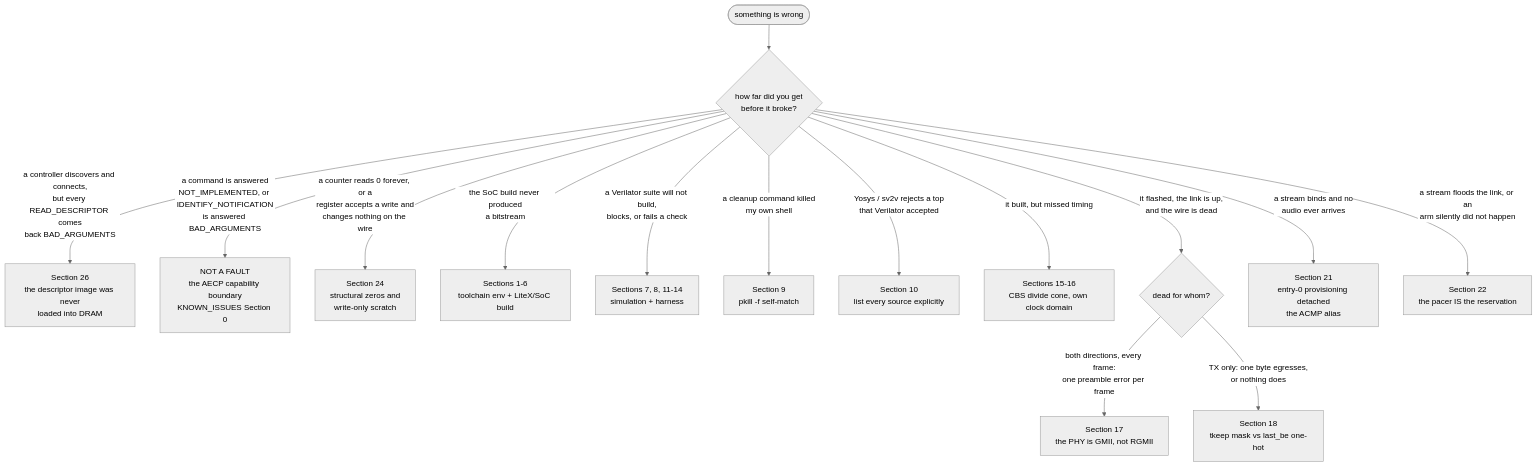
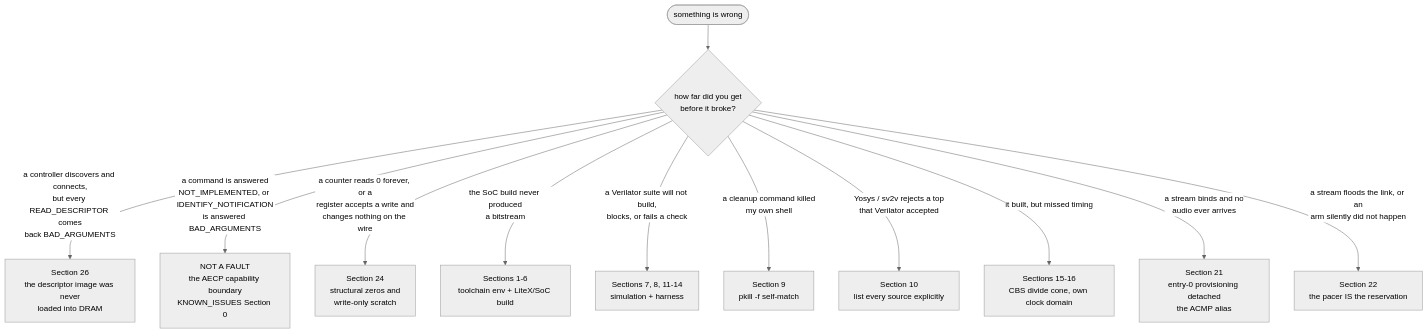
One commit to kebag-logic/milan-fpga changed the diagram in docs/limitations/TROUBLESHOOTING.md. Above: the diagram before and after it, drawn with Mermaid (neutral theme). The commit also changed other lines of this file and 377 other files, not shown here.

````diff
--- a/docs/limitations/TROUBLESHOOTING.md
+++ b/docs/limitations/TROUBLESHOOTING.md
@@ -104,19 +100,15 @@
 ```mermaid
 flowchart TB
     S(["something is wrong"]) --> W{"how far did you get<br/>before it broke?"}
     W -->|"a controller discovers and connects,<br/>but every READ_DESCRIPTOR comes<br/>back BAD_ARGUMENTS"| AE["Section 26<br/>the descriptor image was never<br/>loaded into DRAM"]
     W -->|"a command is answered<br/>NOT_IMPLEMENTED, or IDENTIFY_NOTIFICATION<br/>is answered BAD_ARGUMENTS"| AB["NOT A FAULT<br/>the AECP capability boundary<br/>KNOWN_ISSUES Section 0"]
     W -->|"a counter reads 0 forever, or a<br/>register accepts a write and<br/>changes nothing on the wire"| SZ["Section 24<br/>structural zeros and<br/>write-only scratch"]
 
     W -->|"the SoC build never produced<br/>a bitstream"| B["Sections 1-6<br/>toolchain env + LiteX/SoC build"]
     W -->|"a Verilator suite will not build,<br/>blocks, or fails a check"| V["Sections 7, 8, 11-14<br/>simulation + harness"]
     W -->|"a cleanup command killed<br/>my own shell"| SH["Section 9<br/>pkill -f self-match"]
     W -->|"Yosys / sv2v rejects a top<br/>that Verilator accepted"| Y["Section 10<br/>list every source explicitly"]
     W -->|"it built, but missed timing"| T["Sections 15-16<br/>CBS divide cone, own clock domain"]
-    W -->|"it flashed, the link is up,<br/>and the wire is dead"| WI{"dead for whom?"}
     W -->|"a stream binds and no<br/>audio ever arrives"| ST["Section 21<br/>entry-0 provisioning detached<br/>the ACMP alias"]
     W -->|"a stream floods the link, or an<br/>arm silently did not happen"| FL["Section 22<br/>the pacer IS the reservation"]
-
-    WI -->|"both directions, every frame:<br/>one preamble error per frame"| P["Section 17<br/>the PHY is GMII, not RGMII"]
-    WI -->|"TX only: one byte egresses,<br/>or nothing does"| K["Section 18<br/>tkeep mask vs last_be one-hot"]
 ```
````
